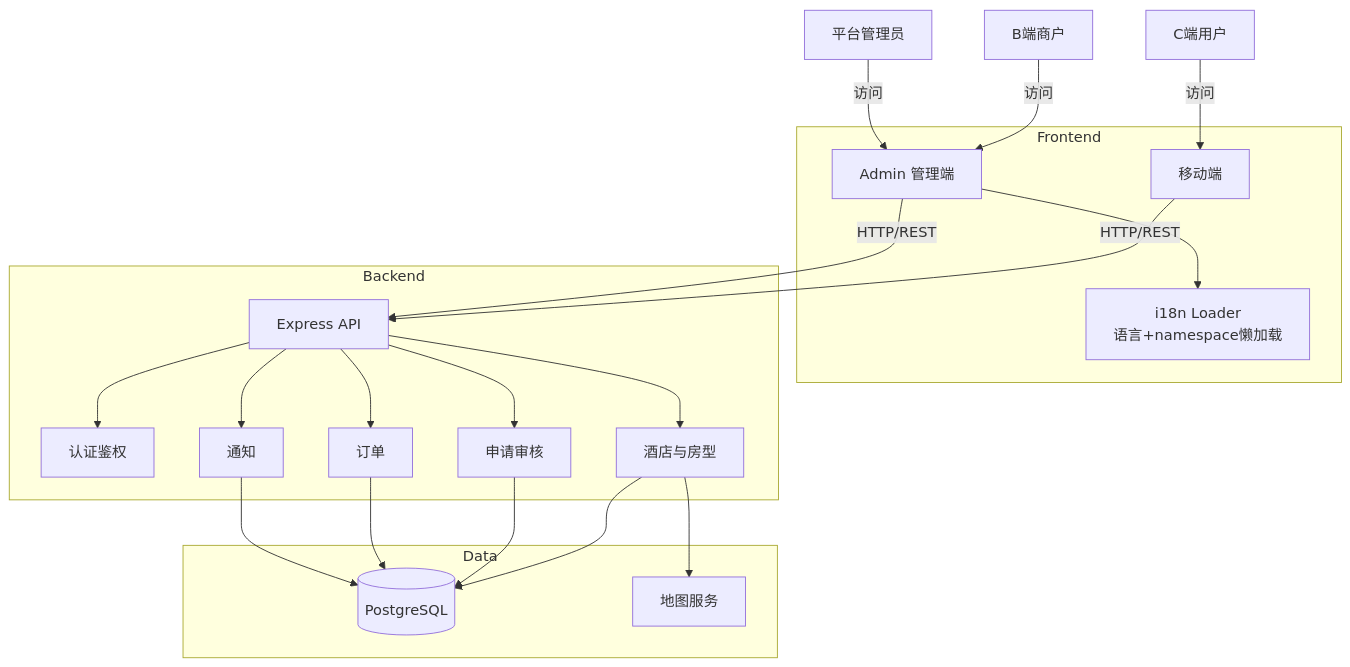
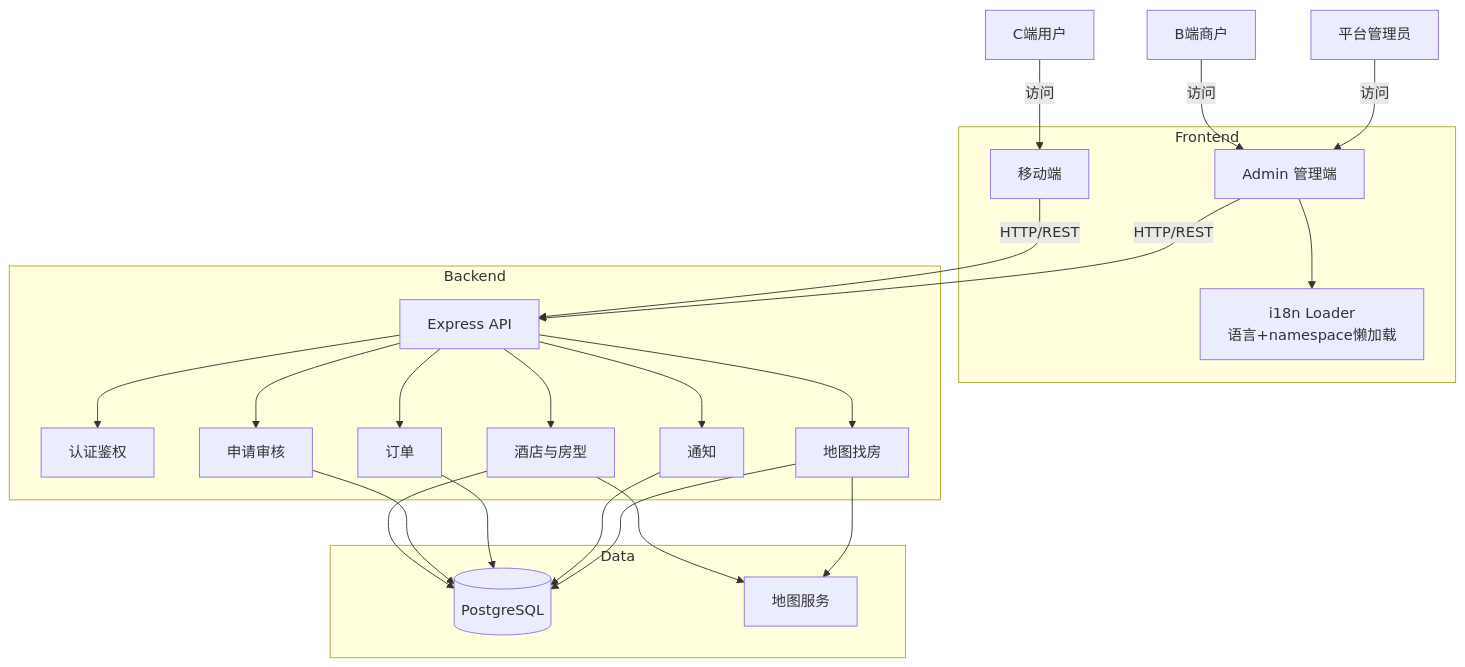
Before and after one commit to chendingya/EaseStay: the diagram in docs/Architecture.md, drawn with Mermaid. The commit also changed other lines of this file and 5 other files, not shown here.

Commit message:
feat: 添加地图找房模块，优化酒店位置展示与价格计算逻辑

````diff
--- a/docs/Architecture.md
+++ b/docs/Architecture.md
@@ -71,40 +78,44 @@
 ```mermaid
 graph TD
     User[C端用户] -->|访问| MobileApp[移动端]
     Merchant[B端商户] -->|访问| PCAdmin[Admin 管理端]
     Admin[平台管理员] -->|访问| PCAdmin
 
     subgraph Frontend
         MobileApp
         PCAdmin
         I18N[i18n Loader\n语言+namespace懒加载]
     end
 
     subgraph Backend
         APIGateway[Express API]
         AuthService[认证鉴权]
         HotelService[酒店与房型]
         RequestService[申请审核]
         OrderService[订单]
         NotifyService[通知]
+        MapService[地图找房]
     end
 
     subgraph Data
         DB[(PostgreSQL)]
         MapAPI[地图服务]
     end
 
     PCAdmin --> I18N
     MobileApp -->|HTTP/REST| APIGateway
     PCAdmin -->|HTTP/REST| APIGateway
     APIGateway --> AuthService
     APIGateway --> HotelService
     APIGateway --> RequestService
     APIGateway --> OrderService
     APIGateway --> NotifyService
+    APIGateway --> MapService
     HotelService --> DB
     RequestService --> DB
     OrderService --> DB
     NotifyService --> DB
     HotelService --> MapAPI
+    MapService --> DB
+    MapService --> MapAPI
 ```
````
